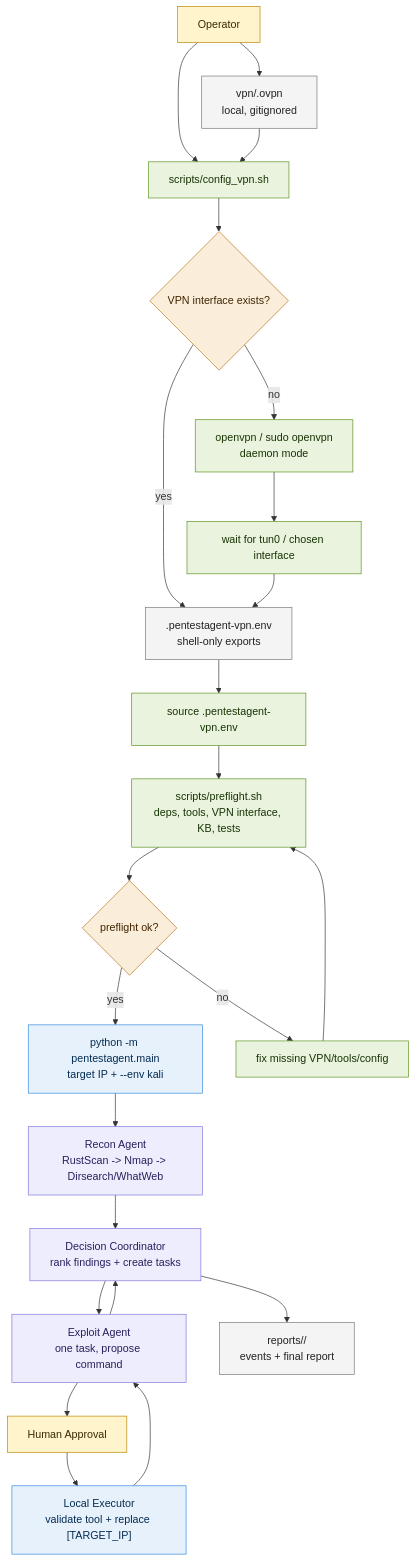
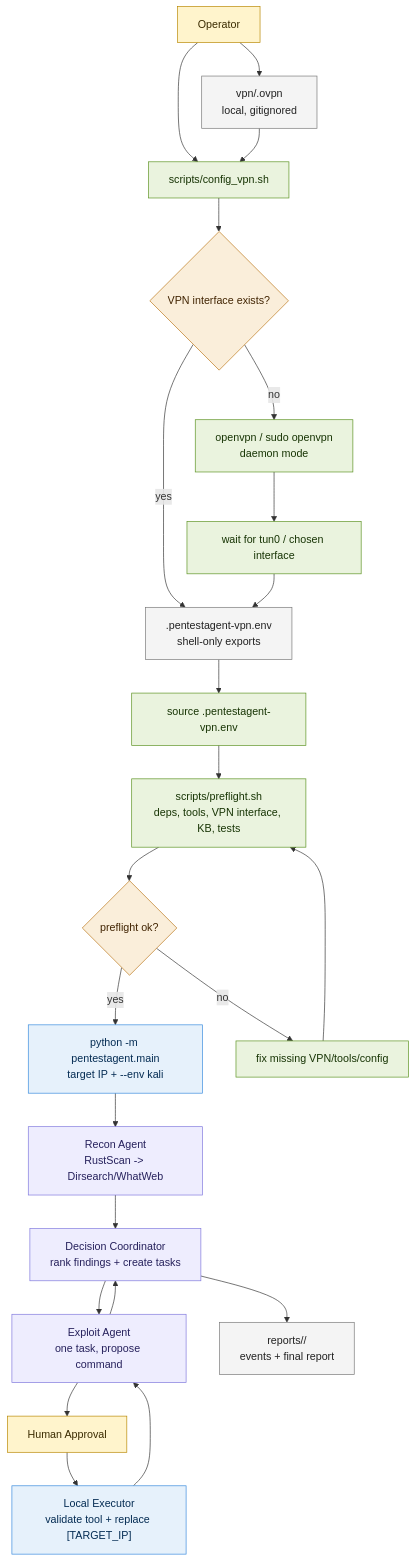
One commit to YunshiuanOAO/Your_Machine_is_My_Machine changed the diagram in docs/ADR-04-Shell-Owned VPN Setup and No Python Network Layer.md. Above: the diagram before and after it, drawn with Mermaid. The commit also changed other lines of this file and 26 other files, not shown here.

````diff
--- a/docs/ADR-04-Shell-Owned VPN Setup and No Python Network Layer.md
+++ b/docs/ADR-04-Shell-Owned VPN Setup and No Python Network Layer.md
@@ -50,50 +50,50 @@
 ```mermaid
 flowchart TD
     OP["Operator"]:::human
     OVPN["vpn/<profile>.ovpn<br/>local, gitignored"]:::file
     VPN_SCRIPT["scripts/config_vpn.sh"]:::shell
     IFACE_CHECK{"VPN interface exists?"}:::decision
     OPENVPN["openvpn / sudo openvpn<br/>daemon mode"]:::shell
     WAIT["wait for tun0 / chosen interface"]:::shell
     ENVFILE[".pentestagent-vpn.env<br/>shell-only exports"]:::file
     SOURCE["source .pentestagent-vpn.env"]:::shell
     PREFLIGHT["scripts/preflight.sh<br/>deps, tools, VPN interface, KB, tests"]:::shell
     READY{"preflight ok?"}:::decision
     MAIN["python -m pentestagent.main<br/>target IP + --env kali"]:::python
-    RECON["Recon Agent<br/>RustScan -> Nmap -> Dirsearch/WhatWeb"]:::agent
+    RECON["Recon Agent<br/>RustScan -> Dirsearch/WhatWeb"]:::agent
     DECISION["Decision Coordinator<br/>rank findings + create tasks"]:::agent
     EXPLOIT["Exploit Agent<br/>one task, propose command"]:::agent
     APPROVAL["Human Approval"]:::human
     EXECUTOR["Local Executor<br/>validate tool + replace [TARGET_IP]"]:::python
     REPORT["reports/<run_id>/<br/>events + final report"]:::file
 
     OP --> OVPN
     OP --> VPN_SCRIPT
     OVPN --> VPN_SCRIPT
     VPN_SCRIPT --> IFACE_CHECK
     IFACE_CHECK -- yes --> ENVFILE
     IFACE_CHECK -- no --> OPENVPN
     OPENVPN --> WAIT
     WAIT --> ENVFILE
     ENVFILE --> SOURCE
     SOURCE --> PREFLIGHT
     PREFLIGHT --> READY
     READY -- no --> FIX["fix missing VPN/tools/config"]:::shell
     FIX --> PREFLIGHT
     READY -- yes --> MAIN
     MAIN --> RECON
     RECON --> DECISION
     DECISION --> EXPLOIT
     EXPLOIT --> APPROVAL
     APPROVAL --> EXECUTOR
     EXECUTOR --> EXPLOIT
     EXPLOIT --> DECISION
     DECISION --> REPORT
 
     classDef human fill:#FFF4CC,stroke:#B88700,color:#3B2B00
     classDef shell fill:#EAF3DE,stroke:#5B9220,color:#173404
     classDef python fill:#E6F1FB,stroke:#378ADD,color:#042C53
     classDef agent fill:#EEEDFE,stroke:#7F77DD,color:#26215C
     classDef file fill:#F4F4F4,stroke:#777,color:#222
     classDef decision fill:#FAEEDA,stroke:#BA7517,color:#412402
 ```
````
